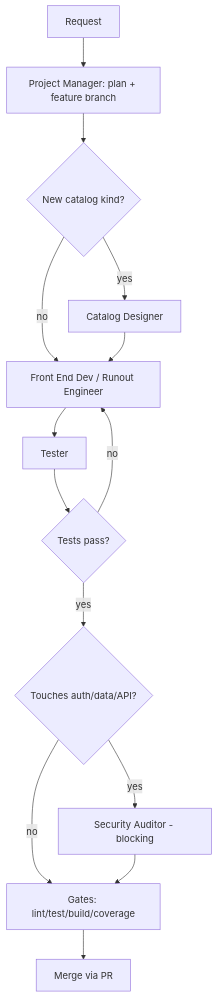
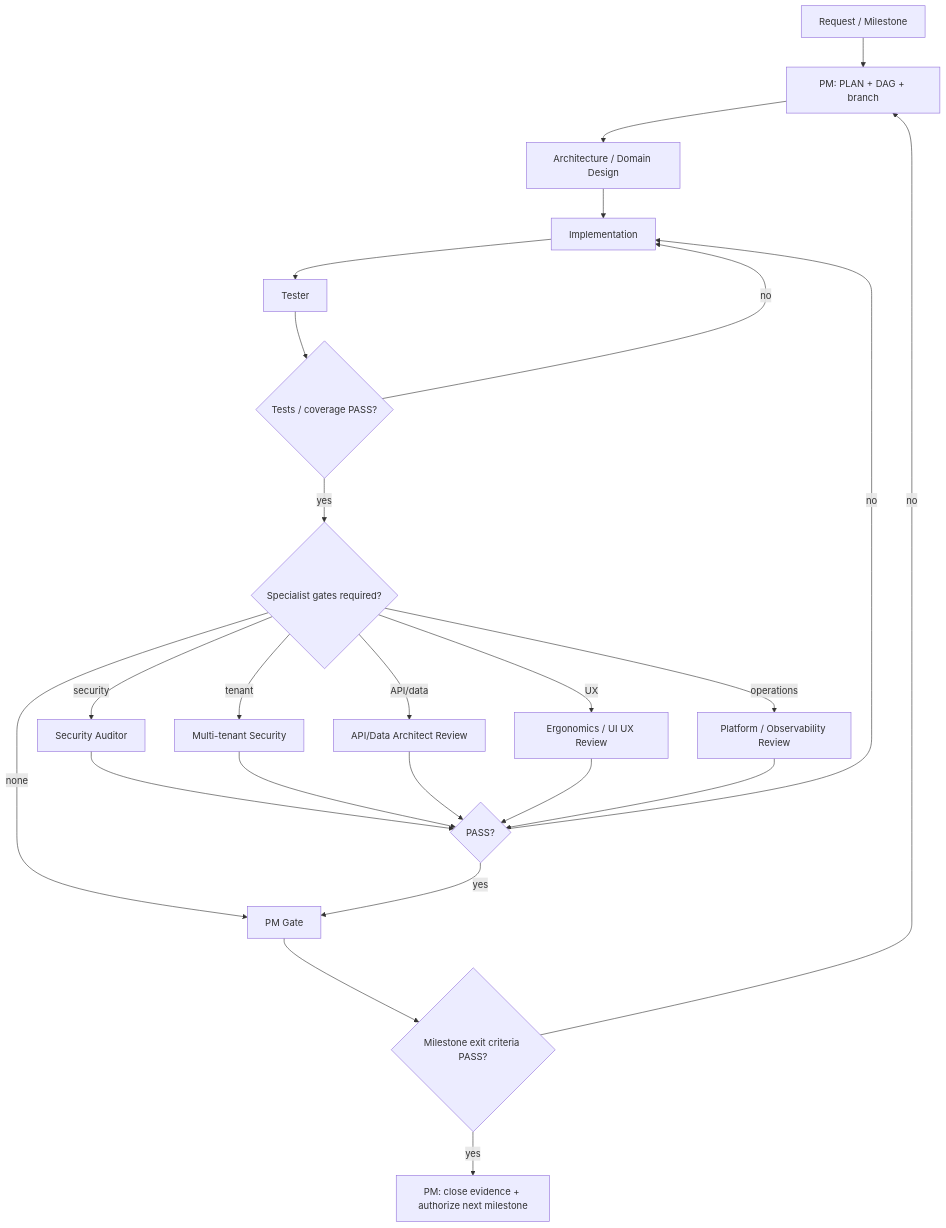
One commit to pdelebarre/halcova changed the diagram in .github/skills/agentic-workflow/SKILL.md. Above: the diagram before and after it, drawn with Mermaid. The commit also changed other lines of this file, not shown here.

Commit message:
governance: enforce specialist authority in agent workflow

````diff
--- a/.github/skills/agentic-workflow/SKILL.md
+++ b/.github/skills/agentic-workflow/SKILL.md
@@ -74,16 +57,26 @@
 ```mermaid
 graph TD
-  A[Request] --> B[Project Manager: plan + feature branch]
-  B --> C{New catalog kind?}
-  C -- yes --> D[Catalog Designer]
-  C -- no --> E[Front End Dev / Runout Engineer]
-  D --> E
-  E --> F[Tester]
-  F --> G{Tests pass?}
-  G -- no --> E
-  G -- yes --> H{Touches auth/data/API?}
-  H -- yes --> I[Security Auditor - blocking]
-  H -- no --> J[Gates: lint/test/build/coverage]
-  I --> J
-  J --> K[Merge via PR]
+  A[Request / Milestone] --> B[PM: PLAN + DAG + branch]
+  B --> C[Architecture / Domain Design]
+  C --> D[Implementation]
+  D --> E[Tester]
+  E --> F{Tests / coverage PASS?}
+  F -- no --> D
+  F -- yes --> G{Specialist gates required?}
+  G -- security --> H[Security Auditor]
+  G -- tenant --> I[Multi-tenant Security]
+  G -- API/data --> J[API/Data Architect Review]
+  G -- UX --> K[Ergonomics / UI UX Review]
+  G -- operations --> L[Platform / Observability Review]
+  G -- none --> M[PM Gate]
+  H --> N{PASS?}
+  I --> N
+  J --> N
+  K --> N
+  L --> N
+  N -- no --> D
+  N -- yes --> M
+  M --> O{Milestone exit criteria PASS?}
+  O -- no --> B
+  O -- yes --> P[PM: close evidence + authorize next milestone]
 ```
````
